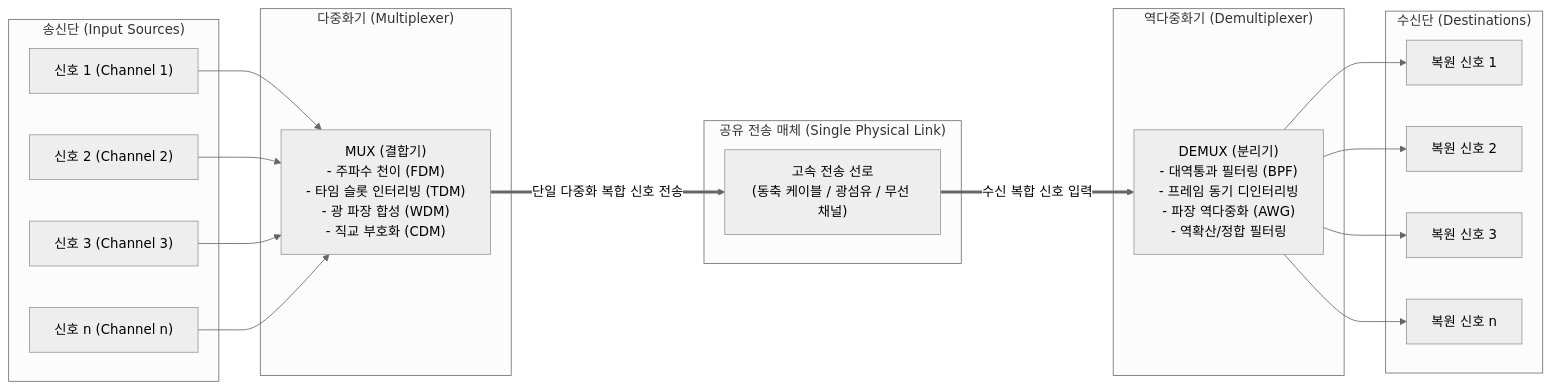
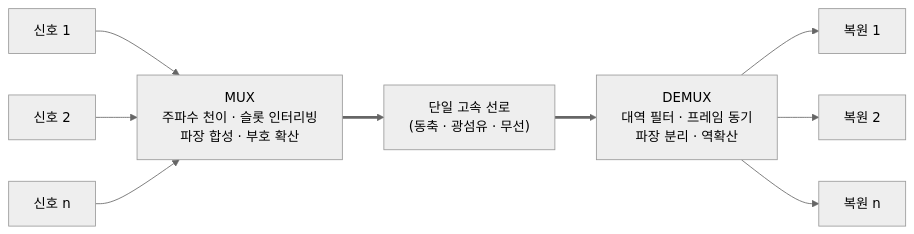
Before and after one commit to supremethumb/supremethumb.github.io: the diagram in content/01_IT Tech/다중화.md, drawn with Mermaid (neutral theme). The commit also changed other lines of this file and 1087 other files, not shown here.

````diff
--- a/content/01_IT Tech/다중화.md
+++ b/content/01_IT Tech/다중화.md
@@ -21,41 +35,11 @@
 ```mermaid
 flowchart LR
-    subgraph TRANSMITTER["송신단 (Input Sources)"]
-        IN1["신호 1 (Channel 1)"]
-        IN2["신호 2 (Channel 2)"]
-        IN3["신호 3 (Channel 3)"]
-        INn["신호 n (Channel n)"]
-    end
-
-    subgraph MUX_UNIT["다중화기 (Multiplexer)"]
-        MUX["MUX (결합기)<br/>- 주파수 천이 (FDM)<br/>- 타임 슬롯 인터리빙 (TDM)<br/>- 광 파장 합성 (WDM)<br/>- 직교 부호화 (CDM)"]
-    end
-
-    subgraph SHARED_MEDIA["공유 전송 매체 (Single Physical Link)"]
-        LINK["고속 전송 선로<br/>(동축 케이블 / 광섬유 / 무선 채널)"]
-    end
-
-    subgraph DEMUX_UNIT["역다중화기 (Demultiplexer)"]
-        DEMUX["DEMUX (분리기)<br/>- 대역통과 필터링 (BPF)<br/>- 프레임 동기 디인터리빙<br/>- 파장 역다중화 (AWG)<br/>- 역확산/정합 필터링"]
-    end
-
-    subgraph RECEIVER["수신단 (Destinations)"]
-        OUT1["복원 신호 1"]
-        OUT2["복원 신호 2"]
-        OUT3["복원 신호 3"]
-        OUTn["복원 신호 n"]
-    end
-
-    IN1 --> MUX
-    IN2 --> MUX
-    IN3 --> MUX
-    INn --> MUX
-
-    MUX ==>|단일 다중화 복합 신호 전송| LINK
-    LINK ==>|수신 복합 신호 입력| DEMUX
-
-    DEMUX --> OUT1
-    DEMUX --> OUT2
-    DEMUX --> OUT3
-    DEMUX --> OUTn
+    IN1["신호 1"] --> MUX
+    IN2["신호 2"] --> MUX
+    INn["신호 n"] --> MUX
+    MUX["MUX<br/>주파수 천이 · 슬롯 인터리빙<br/>파장 합성 · 부호 확산"] ==> LINK["단일 고속 선로<br/>(동축 · 광섬유 · 무선)"]
+    LINK ==> DEMUX["DEMUX<br/>대역 필터 · 프레임 동기<br/>파장 분리 · 역확산"]
+    DEMUX --> OUT1["복원 1"]
+    DEMUX --> OUT2["복원 2"]
+    DEMUX --> OUTn["복원 n"]
 ```
````
